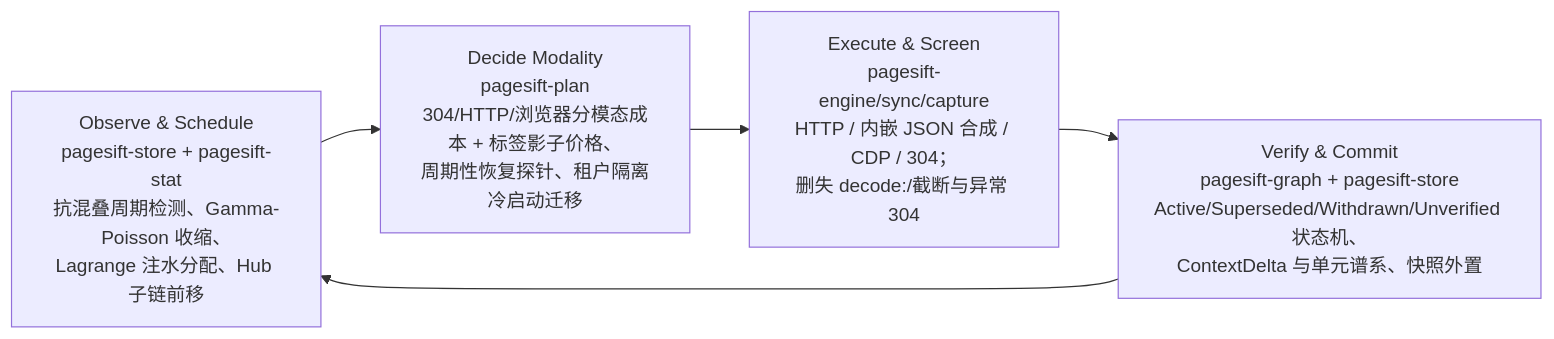
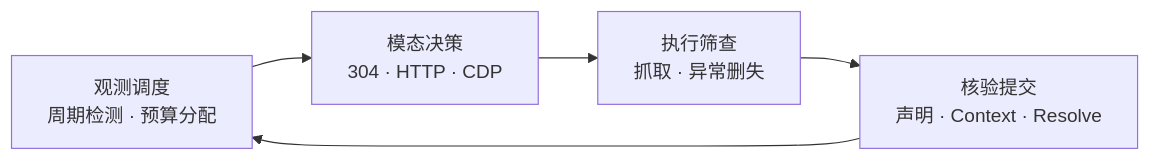
The second of 4 diagrams in docs/README.zh-CN.md (YOLOW92/pagesift), drawn with Mermaid before and after one commit. The commit also changed other lines of this file and 104 other files, not shown here.

````diff
--- a/docs/README.zh-CN.md
+++ b/docs/README.zh-CN.md
@@ -185,9 +168,9 @@
 ```mermaid
 flowchart LR
-    Obs["Observe & Schedule<br/>pagesift-store + pagesift-stat<br/>抗混叠周期检测、Gamma-Poisson 收缩、<br/>Lagrange 注水分配、Hub 子链前移"]
-    Dec["Decide Modality<br/>pagesift-plan<br/>304/HTTP/浏览器分模态成本 + 标签影子价格、<br/>周期性恢复探针、租户隔离冷启动迁移"]
-    Exe["Execute & Screen<br/>pagesift-engine/sync/capture<br/>HTTP / 内嵌 JSON 合成 / CDP / 304；<br/>删失 decode:/截断与异常 304"]
-    Ver["Verify & Commit<br/>pagesift-graph + pagesift-store<br/>Active/Superseded/Withdrawn/Unverified 状态机、<br/>ContextDelta 与单元谱系、快照外置"]
+    Obs["观测调度<br/>周期检测 · 预算分配"]
+    Dec["模态决策<br/>304 · HTTP · CDP"]
+    Exe["执行筛查<br/>抓取 · 异常删失"]
+    Ver["核验提交<br/>声明 · Context · Resolve"]
 
     Obs --> Dec --> Exe --> Ver --> Obs
 ```
````
